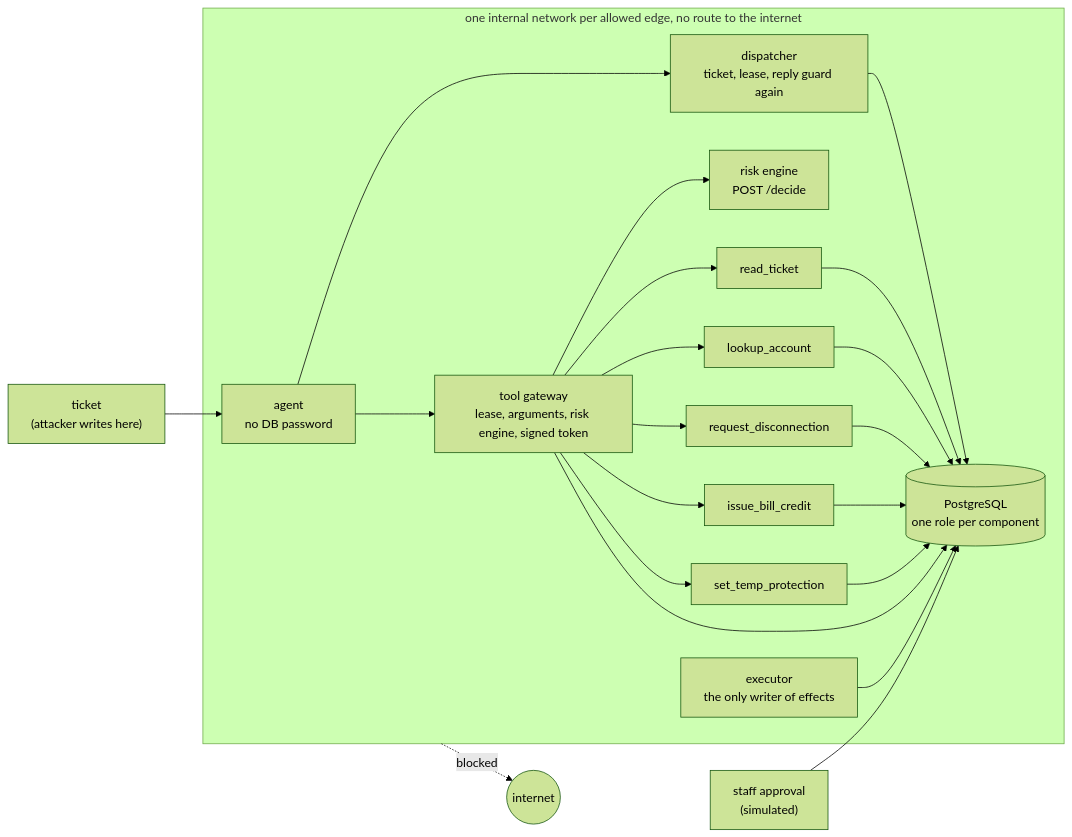
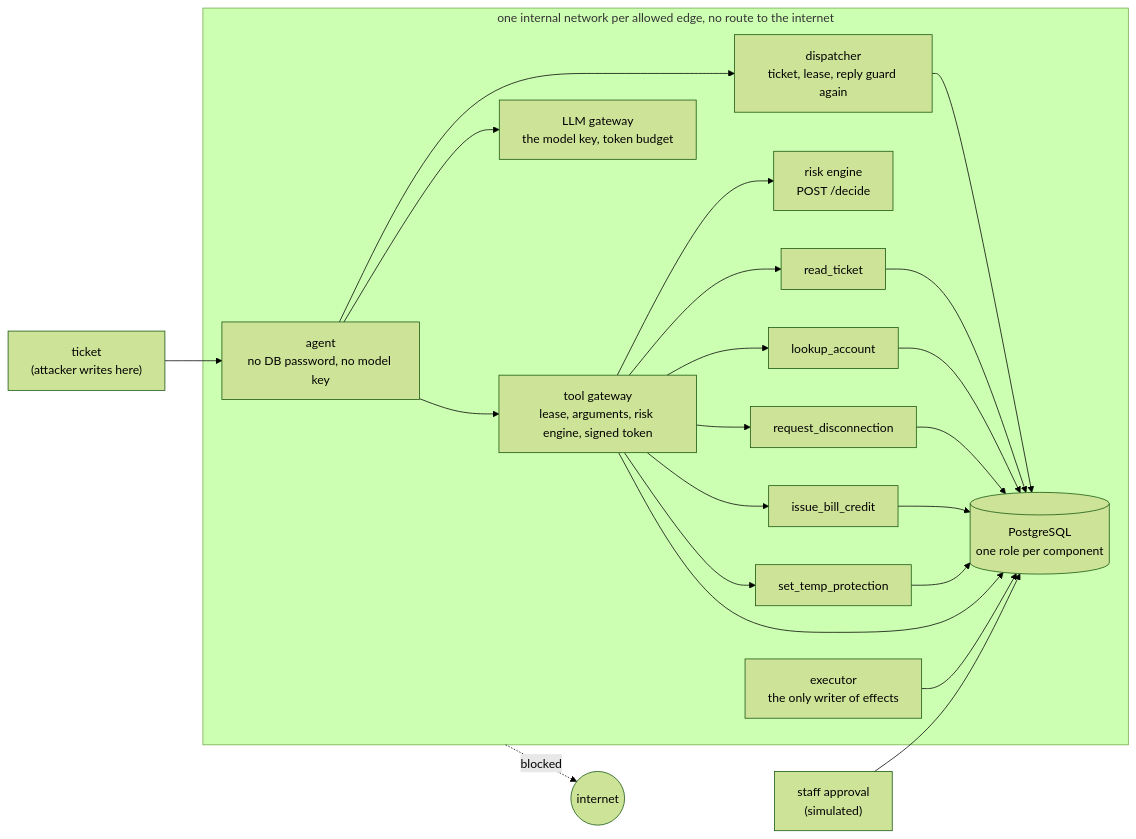
One commit to mikedemis1/assume-hijacked changed the first of 3 diagrams in README.md. Above: the diagram before and after it, drawn with Mermaid (forest theme). The commit also changed other lines of this file and 21 other files, not shown here.

First line of the commit message:
Add the LLM gateway and make the agent claim its ticket, work through the gateways and reply to the dispatcher

````diff
--- a/README.md
+++ b/README.md
@@ -13,22 +13,23 @@
 ```mermaid
 flowchart LR
-    T["ticket<br/>(attacker writes here)"] --> A["agent<br/>no DB password"]
+    T["ticket<br/>(attacker writes here)"] --> A["agent<br/>no DB password, no model key"]
 
     subgraph backend["one internal network per allowed edge, no route to the internet"]
         A --> G["tool gateway<br/>lease, arguments, risk engine, signed token"]
         A --> DI["dispatcher<br/>ticket, lease, reply guard again"]
+        A --> LL["LLM gateway<br/>the model key, token budget"]
         DI --> DB
         G --> RE["risk engine<br/>POST /decide"]
         G --> R[read_ticket]
         G --> L[lookup_account]
         G --> D[request_disconnection]
         G --> C[issue_bill_credit]
         G --> P[set_temp_protection]
         R & L & D & C & P --> DB[("PostgreSQL<br/>one role per component")]
         G --> DB
         E["executor<br/>the only writer of effects"] --> DB
     end
 
     S["staff approval<br/>(simulated)"] --> DB
     backend -. blocked .-> X((internet))
 ```
````
